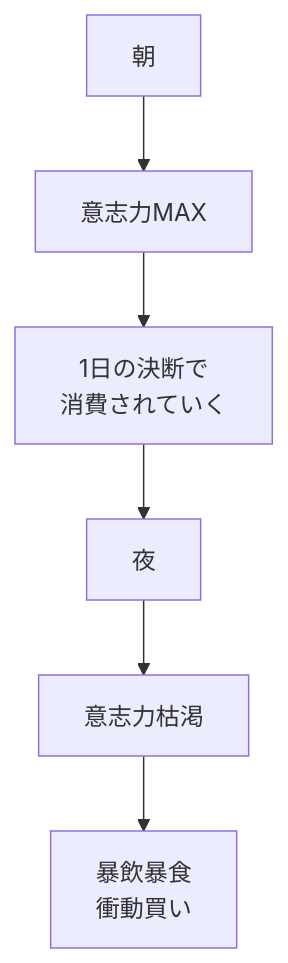
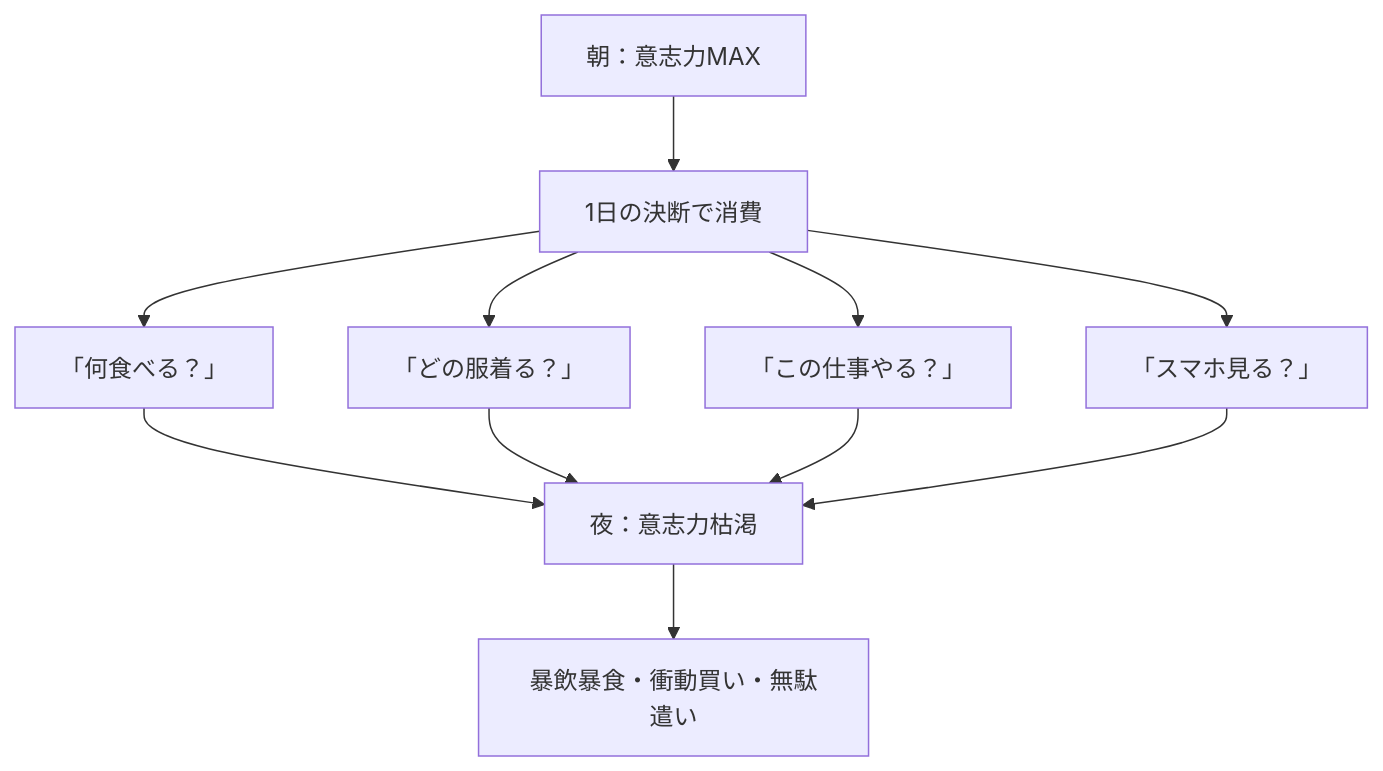
One commit to tndg16-bot/portfolio-site changed the first of 4 diagrams in content/blog/282-environment-design-behavior-change.md. Above: the diagram before and after it, drawn with Mermaid. The commit also changed other lines of this file and 19 other files, not shown here.

````diff
--- a/content/blog/282-environment-design-behavior-change.md
+++ b/content/blog/282-environment-design-behavior-change.md
@@ -42,8 +35,13 @@
 ```mermaid
 graph TD
-    A[朝] --> B[意志力MAX]
-    B --> C[1日の決断で<br/>消費されていく]
-    C --> D[夜]
-    D --> E[意志力枯渇]
-    E --> F[暴飲暴食<br/>衝動買い]
+    A[朝：意志力MAX] --> B[1日の決断で消費]
+    B --> C[「何食べる？」]
+    B --> D[「どの服着る？」]
+    B --> E[「この仕事やる？」]
+    B --> F[「スマホ見る？」]
+    C --> G[夜：意志力枯渇]
+    D --> G
+    E --> G
+    F --> G
+    G --> H[暴飲暴食・衝動買い・無駄遣い]
 ```
````
